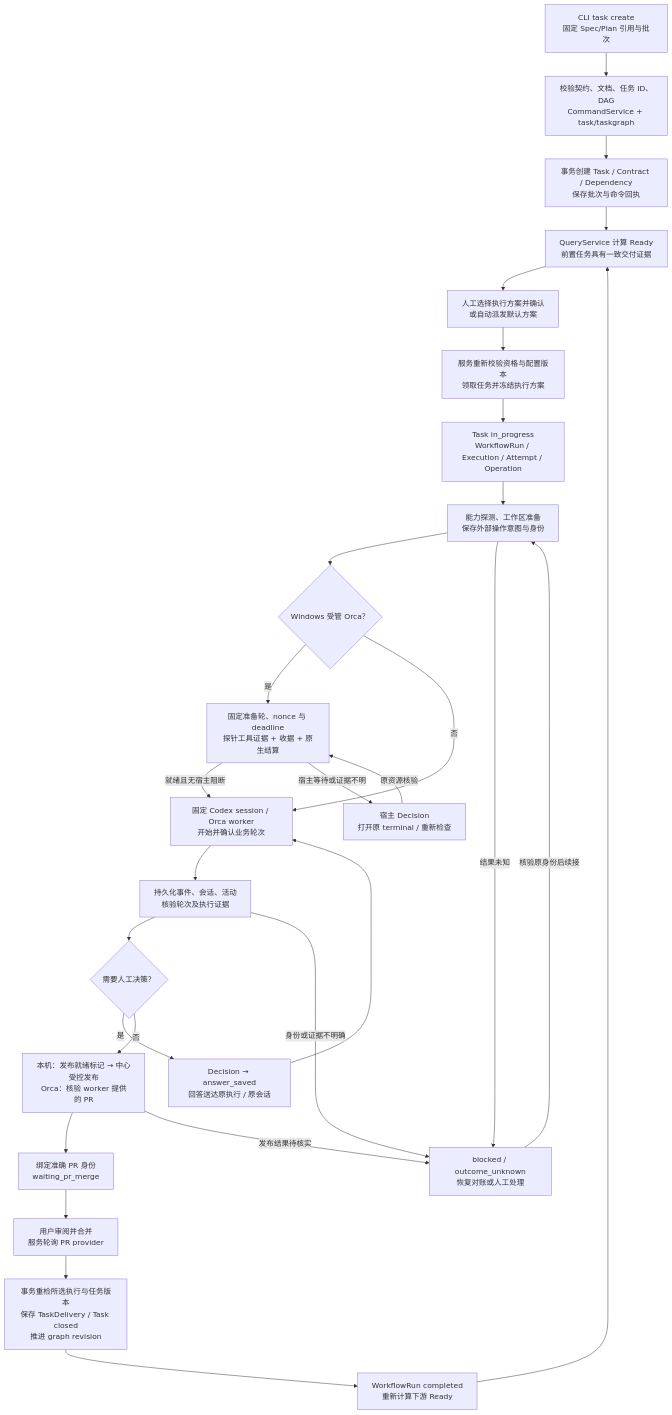
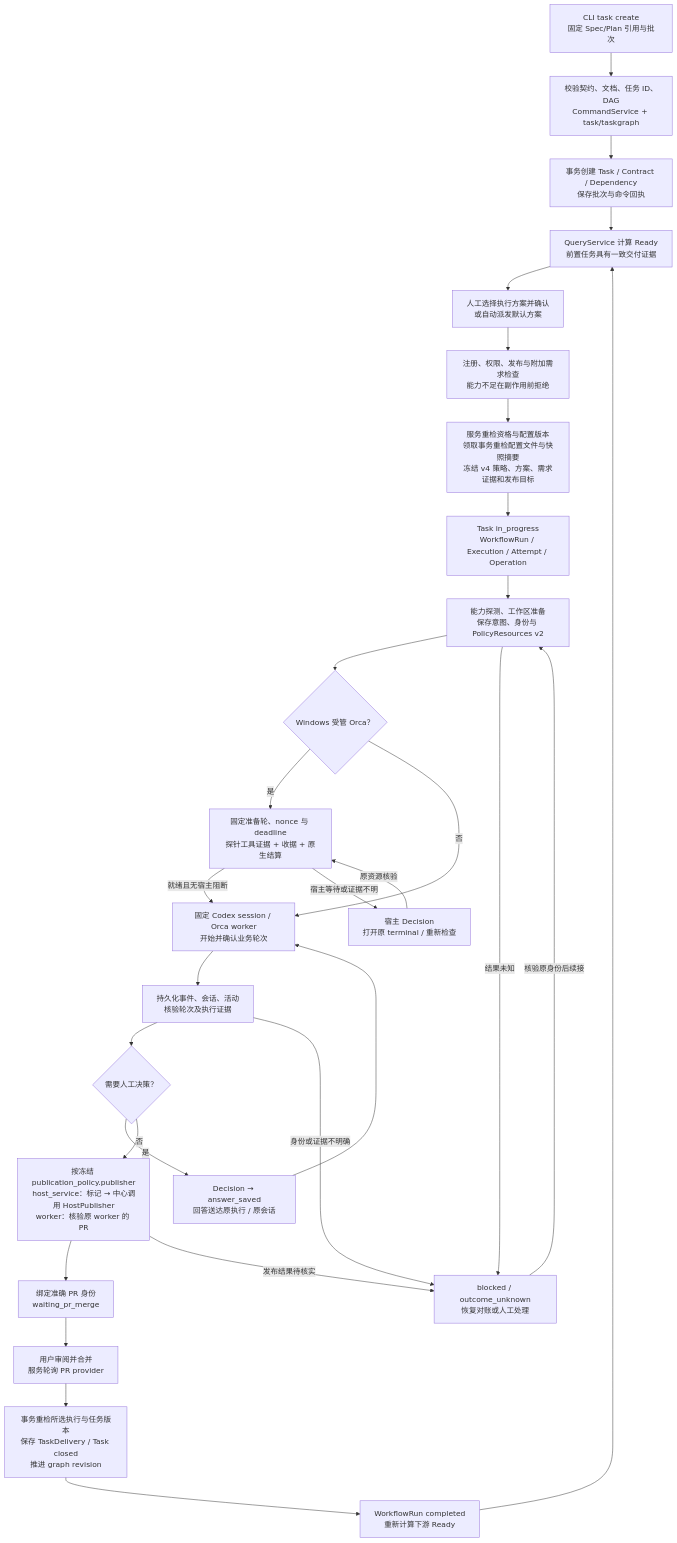
The seventh of 10 diagrams in docs/architecture/current-code-architecture.md (erranliu/SteerLine), drawn with Mermaid before and after one commit. The commit also changed other lines of this file and 12 other files, not shown here.

````diff
--- a/docs/architecture/current-code-architecture.md
+++ b/docs/architecture/current-code-architecture.md
@@ -232,30 +309,31 @@
 ```mermaid
 flowchart TB
     Batch["CLI task create<br/>固定 Spec/Plan 引用与批次"] --> Validate["校验契约、文档、任务 ID、DAG<br/>CommandService + task/taskgraph"]
     Validate --> Create["事务创建 Task / Contract / Dependency<br/>保存批次与命令回执"]
     Create --> Ready["QueryService 计算 Ready<br/>前置任务具有一致交付证据"]
     Ready --> Start["人工选择执行方案并确认<br/>或自动派发默认方案"]
-    Start --> Admit["服务重新校验资格与配置版本<br/>领取任务并冻结执行方案"]
+    Start --> PolicyCheck["注册、权限、发布与附加需求检查<br/>能力不足在副作用前拒绝"]
+    PolicyCheck --> Admit["服务重检资格与配置版本<br/>领取事务重检配置文件与快照摘要<br/>冻结 v4 策略、方案、需求证据和发布目标"]
     Admit --> Records["Task in_progress<br/>WorkflowRun / Execution / Attempt / Operation"]
-    Records --> Prepare["能力探测、工作区准备<br/>保存外部操作意图与身份"]
+    Records --> Prepare["能力探测、工作区准备<br/>保存意图、身份与 PolicyResources v2"]
     Prepare --> Gate{"Windows 受管 Orca？"}
     Gate -->|是| Preparation["固定准备轮、nonce 与 deadline<br/>探针工具证据 + 收据 + 原生结算"]
     Preparation -->|就绪且无宿主阻断| Worker["固定 Codex session / Orca worker<br/>开始并确认业务轮次"]
     Gate -->|否| Worker
     Worker --> Events["持久化事件、会话、活动<br/>核验轮次及执行证据"]
     Events --> Question{"需要人工决策？"}
     Question -->|是| Decision["Decision → answer_saved<br/>回答送达原执行 / 原会话"]
     Decision --> Worker
-    Question -->|否| Publication["本机：发布就绪标记 → 中心受控发布<br/>Orca：核验 worker 提供的 PR"]
+    Question -->|否| Publication["按冻结 publication_policy.publisher<br/>host_service：标记 → 中心调用 HostPublisher<br/>worker：核验原 worker 的 PR"]
     Publication --> Wait["绑定准确 PR 身份<br/>waiting_pr_merge"]
     Wait --> Merge["用户审阅并合并<br/>服务轮询 PR provider"]
     Merge --> Delivery["事务重检所选执行与任务版本<br/>保存 TaskDelivery / Task closed<br/>推进 graph revision"]
     Delivery --> Complete["WorkflowRun completed<br/>重新计算下游 Ready"]
     Complete --> Ready
     Prepare -->|结果未知| Blocked["blocked / outcome_unknown<br/>恢复对账或人工处理"]
     Preparation -->|宿主等待或证据不明| HostWait["宿主 Decision<br/>打开原 terminal / 重新检查"]
     HostWait -->|原资源核验| Preparation
     Events -->|身份或证据不明确| Blocked
     Publication -->|发布结果待核实| Blocked
     Blocked -->|核验原身份后续接| Prepare
 ```
````
